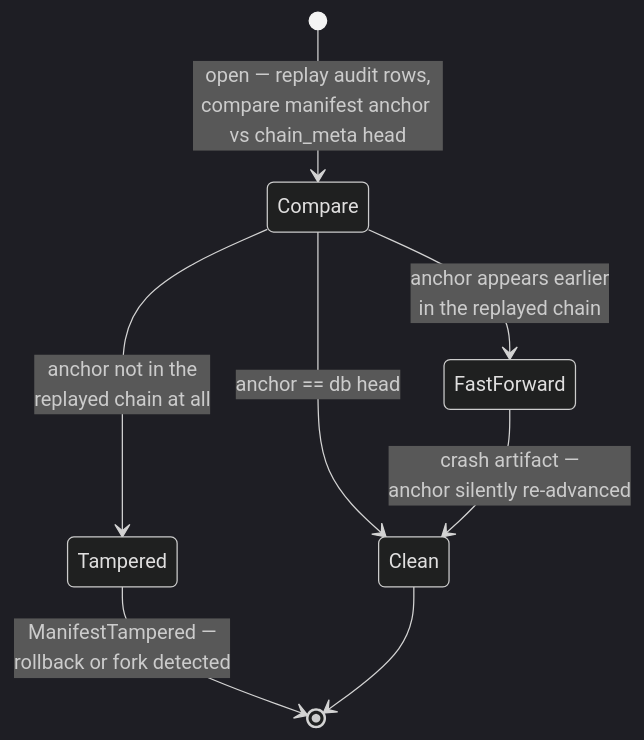
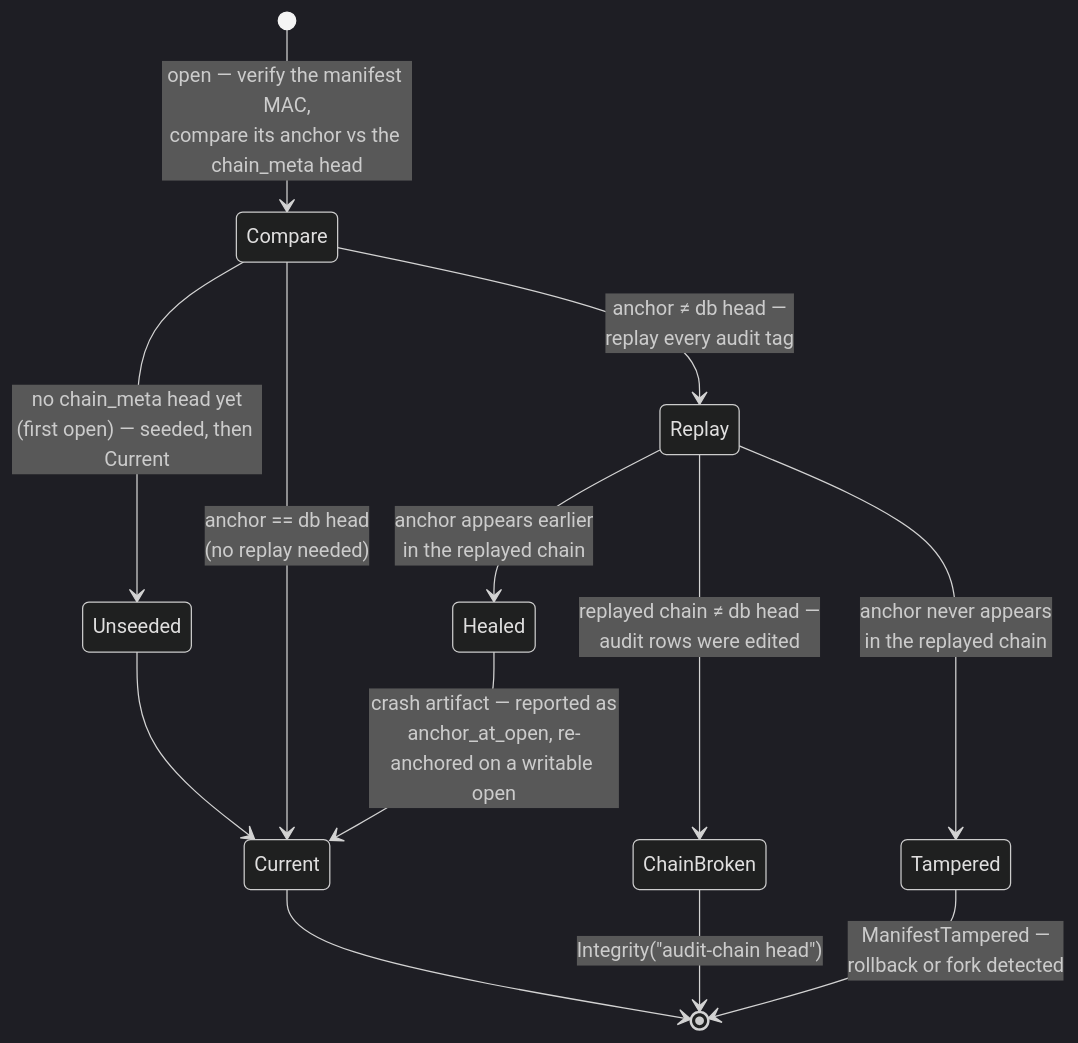
The second of 3 diagrams in docs/security.md (sealcroft/undercroft), drawn with Mermaid (dark theme) before and after one commit. The commit also changed other lines of this file and 78 other files, not shown here.

First line of the commit message:
the three diagram sets described a different engine — audited against the code, corrected, and ten views added

````diff
--- a/docs/security.md
+++ b/docs/security.md
@@ -58,10 +58,15 @@
 ```mermaid
 stateDiagram-v2
-    [*] --> Compare: open — replay audit rows,<br/>compare manifest anchor vs chain_meta head
-    Compare --> Clean: anchor == db head
-    Compare --> FastForward: anchor appears earlier<br/>in the replayed chain
-    Compare --> Tampered: anchor not in the<br/>replayed chain at all
-    FastForward --> Clean: crash artifact —<br/>anchor silently re-advanced
+    [*] --> Compare: open — verify the manifest MAC,<br/>compare its anchor vs the chain_meta head
+    Compare --> Unseeded: no chain_meta head yet<br/>(first open) — seeded, then Current
+    Compare --> Current: anchor == db head<br/>(no replay needed)
+    Compare --> Replay: anchor ≠ db head —<br/>replay every audit tag
+    Replay --> Healed: anchor appears earlier<br/>in the replayed chain
+    Replay --> ChainBroken: replayed chain ≠ db head —<br/>audit rows were edited
+    Replay --> Tampered: anchor never appears<br/>in the replayed chain
+    Healed --> Current: crash artifact — reported as<br/>anchor_at_open, re-anchored on a writable open
+    Unseeded --> Current
+    ChainBroken --> [*]: Integrity("audit-chain head")
     Tampered --> [*]: ManifestTampered —<br/>rollback or fork detected
-    Clean --> [*]
+    Current --> [*]
 ```
````
